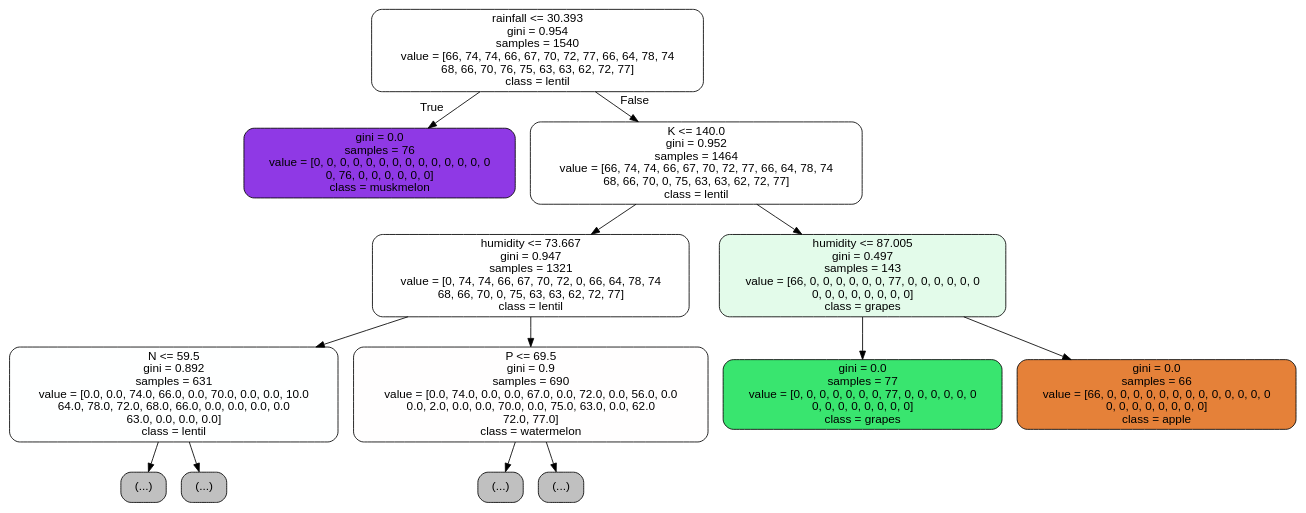
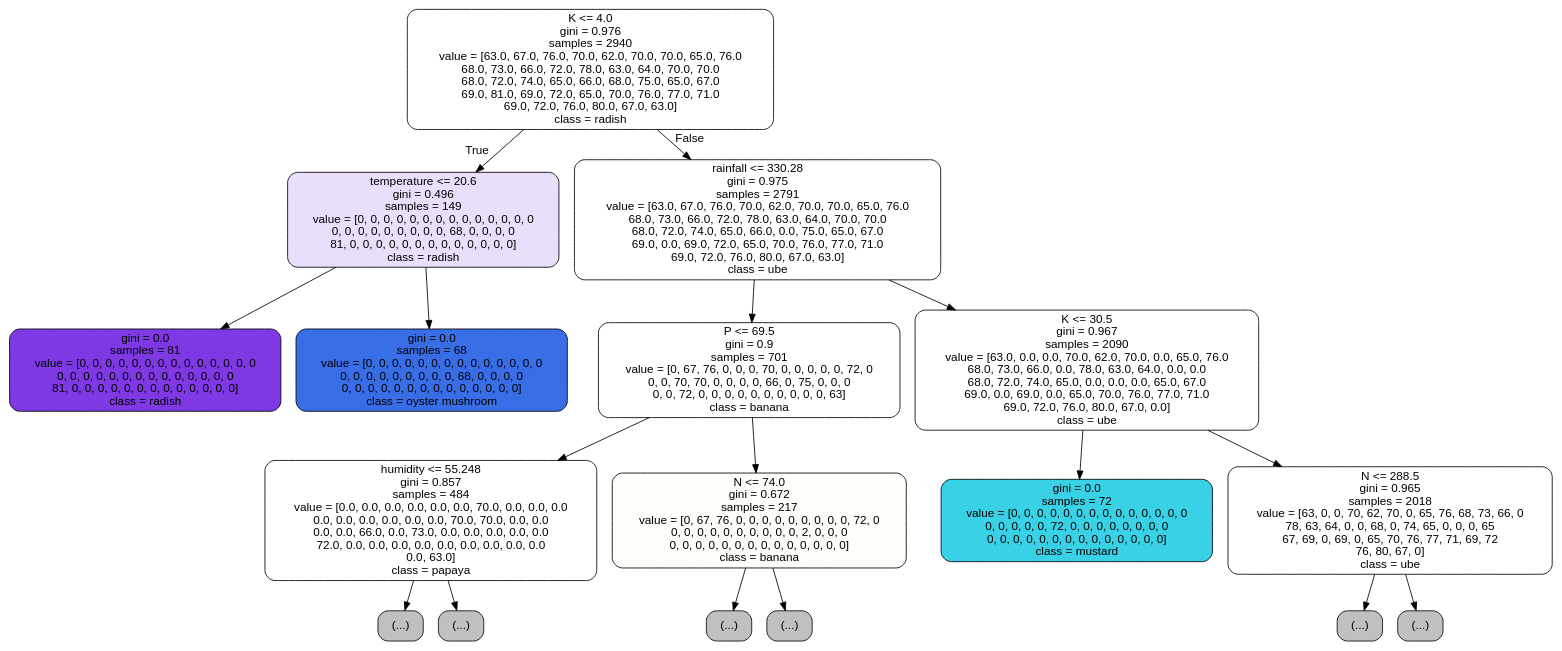
The diagram in precomputation/decision_tree.dot (CyrusUmali/AiCROP), drawn with Graphviz before and after one commit. The commit also changed 13 other files, not shown here.

```diff
--- a/precomputation/decision_tree.dot
+++ b/precomputation/decision_tree.dot
@@ -1,29 +1,37 @@
 digraph Tree {
 node [shape=box, style="filled, rounded", color="black", fontname="helvetica"] ;
 edge [fontname="helvetica"] ;
-0 [label="rainfall <= 30.393\ngini = 0.954\nsamples = 1540\nvalue = [66, 74, 74, 66, 67, 70, 72, 77, 66, 64, 78, 74\n68, 66, 70, 76, 75, 63, 63, 62, 72, 77]\nclass = lentil", fillcolor="#ffffff"] ;
-1 [label="gini = 0.0\nsamples = 76\nvalue = [0, 0, 0, 0, 0, 0, 0, 0, 0, 0, 0, 0, 0, 0\n0, 76, 0, 0, 0, 0, 0, 0]\nclass = muskmelon", fillcolor="#8f39e5"] ;
+0 [label="K <= 4.0\ngini = 0.976\nsamples = 2940\nvalue = [63.0, 67.0, 76.0, 70.0, 62.0, 70.0, 70.0, 65.0, 76.0\n68.0, 73.0, 66.0, 72.0, 78.0, 63.0, 64.0, 70.0, 70.0\n68.0, 72.0, 74.0, 65.0, 66.0, 68.0, 75.0, 65.0, 67.0\n69.0, 81.0, 69.0, 72.0, 65.0, 70.0, 76.0, 77.0, 71.0\n69.0, 72.0, 76.0, 80.0, 67.0, 63.0]\nclass = radish", fillcolor="#ffffff"] ;
+1 [label="temperature <= 20.6\ngini = 0.496\nsamples = 149\nvalue = [0, 0, 0, 0, 0, 0, 0, 0, 0, 0, 0, 0, 0, 0\n0, 0, 0, 0, 0, 0, 0, 0, 0, 68, 0, 0, 0, 0\n81, 0, 0, 0, 0, 0, 0, 0, 0, 0, 0, 0, 0, 0]\nclass = radish", fillcolor="#eadffb"] ;
 0 -> 1 [labeldistance=2.5, labelangle=45, headlabel="True"] ;
-2 [label="K <= 140.0\ngini = 0.952\nsamples = 1464\nvalue = [66, 74, 74, 66, 67, 70, 72, 77, 66, 64, 78, 74\n68, 66, 70, 0, 75, 63, 63, 62, 72, 77]\nclass = lentil", fillcolor="#ffffff"] ;
-0 -> 2 [labeldistance=2.5, labelangle=-45, headlabel="False"] ;
-3 [label="humidity <= 73.667\ngini = 0.947\nsamples = 1321\nvalue = [0, 74, 74, 66, 67, 70, 72, 0, 66, 64, 78, 74\n68, 66, 70, 0, 75, 63, 63, 62, 72, 77]\nclass = lentil", fillcolor="#ffffff"] ;
-2 -> 3 ;
-4 [label="N <= 59.5\ngini = 0.892\nsamples = 631\nvalue = [0.0, 0.0, 74.0, 66.0, 0.0, 70.0, 0.0, 0.0, 10.0\n64.0, 78.0, 72.0, 68.0, 66.0, 0.0, 0.0, 0.0, 0.0\n63.0, 0.0, 0.0, 0.0]\nclass = lentil", fillcolor="#feffff"] ;
-3 -> 4 ;
-5 [label="(...)", fillcolor="#C0C0C0"] ;
+2 [label="gini = 0.0\nsamples = 81\nvalue = [0, 0, 0, 0, 0, 0, 0, 0, 0, 0, 0, 0, 0, 0\n0, 0, 0, 0, 0, 0, 0, 0, 0, 0, 0, 0, 0, 0\n81, 0, 0, 0, 0, 0, 0, 0, 0, 0, 0, 0, 0, 0]\nclass = radish", fillcolor="#7e39e5"] ;
+1 -> 2 ;
+3 [label="gini = 0.0\nsamples = 68\nvalue = [0, 0, 0, 0, 0, 0, 0, 0, 0, 0, 0, 0, 0, 0\n0, 0, 0, 0, 0, 0, 0, 0, 0, 68, 0, 0, 0, 0\n0, 0, 0, 0, 0, 0, 0, 0, 0, 0, 0, 0, 0, 0]\nclass = oyster mushroom", fillcolor="#396de5"] ;
+1 -> 3 ;
+4 [label="rainfall <= 330.28\ngini = 0.975\nsamples = 2791\nvalue = [63.0, 67.0, 76.0, 70.0, 62.0, 70.0, 70.0, 65.0, 76.0\n68.0, 73.0, 66.0, 72.0, 78.0, 63.0, 64.0, 70.0, 70.0\n68.0, 72.0, 74.0, 65.0, 66.0, 0.0, 75.0, 65.0, 67.0\n69.0, 0.0, 69.0, 72.0, 65.0, 70.0, 76.0, 77.0, 71.0\n69.0, 72.0, 76.0, 80.0, 67.0, 63.0]\nclass = ube", fillcolor="#ffffff"] ;
+0 -> 4 [labeldistance=2.5, labelangle=-45, headlabel="False"] ;
+5 [label="P <= 69.5\ngini = 0.9\nsamples = 701\nvalue = [0, 67, 76, 0, 0, 0, 70, 0, 0, 0, 0, 0, 72, 0\n0, 0, 70, 70, 0, 0, 0, 0, 66, 0, 75, 0, 0, 0\n0, 0, 72, 0, 0, 0, 0, 0, 0, 0, 0, 0, 0, 63]\nclass = banana", fillcolor="#ffffff"] ;
 4 -> 5 ;
-28 [label="(...)", fillcolor="#C0C0C0"] ;
-4 -> 28 ;
-37 [label="P <= 69.5\ngini = 0.9\nsamples = 690\nvalue = [0.0, 74.0, 0.0, 0.0, 67.0, 0.0, 72.0, 0.0, 56.0, 0.0\n0.0, 2.0, 0.0, 0.0, 70.0, 0.0, 75.0, 63.0, 0.0, 62.0\n72.0, 77.0]\nclass = watermelon", fillcolor="#fffefe"] ;
-3 -> 37 ;
-38 [label="(...)", fillcolor="#C0C0C0"] ;
-37 -> 38 ;
-75 [label="(...)", fillcolor="#C0C0C0"] ;
-37 -> 75 ;
-78 [label="humidity <= 87.005\ngini = 0.497\nsamples = 143\nvalue = [66, 0, 0, 0, 0, 0, 0, 77, 0, 0, 0, 0, 0, 0\n0, 0, 0, 0, 0, 0, 0, 0]\nclass = grapes", fillcolor="#e3fbea"] ;
-2 -> 78 ;
-79 [label="gini = 0.0\nsamples = 77\nvalue = [0, 0, 0, 0, 0, 0, 0, 77, 0, 0, 0, 0, 0, 0\n0, 0, 0, 0, 0, 0, 0, 0]\nclass = grapes", fillcolor="#39e56f"] ;
-78 -> 79 ;
-80 [label="gini = 0.0\nsamples = 66\nvalue = [66, 0, 0, 0, 0, 0, 0, 0, 0, 0, 0, 0, 0, 0\n0, 0, 0, 0, 0, 0, 0, 0]\nclass = apple", fillcolor="#e58139"] ;
-78 -> 80 ;
+6 [label="humidity <= 55.248\ngini = 0.857\nsamples = 484\nvalue = [0.0, 0.0, 0.0, 0.0, 0.0, 0.0, 70.0, 0.0, 0.0, 0.0\n0.0, 0.0, 0.0, 0.0, 0.0, 0.0, 70.0, 70.0, 0.0, 0.0\n0.0, 0.0, 66.0, 0.0, 73.0, 0.0, 0.0, 0.0, 0.0, 0.0\n72.0, 0.0, 0.0, 0.0, 0.0, 0.0, 0.0, 0.0, 0.0, 0.0\n0.0, 63.0]\nclass = papaya", fillcolor="#ffffff"] ;
+5 -> 6 ;
+7 [label="(...)", fillcolor="#C0C0C0"] ;
+6 -> 7 ;
+8 [label="(...)", fillcolor="#C0C0C0"] ;
+6 -> 8 ;
+11 [label="N <= 74.0\ngini = 0.672\nsamples = 217\nvalue = [0, 67, 76, 0, 0, 0, 0, 0, 0, 0, 0, 0, 72, 0\n0, 0, 0, 0, 0, 0, 0, 0, 0, 0, 2, 0, 0, 0\n0, 0, 0, 0, 0, 0, 0, 0, 0, 0, 0, 0, 0, 0]\nclass = banana", fillcolor="#fefdfa"] ;
+5 -> 11 ;
+12 [label="(...)", fillcolor="#C0C0C0"] ;
+11 -> 12 ;
+15 [label="(...)", fillcolor="#C0C0C0"] ;
+11 -> 15 ;
+16 [label="K <= 30.5\ngini = 0.967\nsamples = 2090\nvalue = [63.0, 0.0, 0.0, 70.0, 62.0, 70.0, 0.0, 65.0, 76.0\n68.0, 73.0, 66.0, 0.0, 78.0, 63.0, 64.0, 0.0, 0.0\n68.0, 72.0, 74.0, 65.0, 0.0, 0.0, 0.0, 65.0, 67.0\n69.0, 0.0, 69.0, 0.0, 65.0, 70.0, 76.0, 77.0, 71.0\n69.0, 72.0, 76.0, 80.0, 67.0, 0.0]\nclass = ube", fillcolor="#ffffff"] ;
+4 -> 16 ;
+17 [label="gini = 0.0\nsamples = 72\nvalue = [0, 0, 0, 0, 0, 0, 0, 0, 0, 0, 0, 0, 0, 0\n0, 0, 0, 0, 0, 72, 0, 0, 0, 0, 0, 0, 0, 0\n0, 0, 0, 0, 0, 0, 0, 0, 0, 0, 0, 0, 0, 0]\nclass = mustard", fillcolor="#39d1e5"] ;
+16 -> 17 ;
+18 [label="N <= 288.5\ngini = 0.965\nsamples = 2018\nvalue = [63, 0, 0, 70, 62, 70, 0, 65, 76, 68, 73, 66, 0\n78, 63, 64, 0, 0, 68, 0, 74, 65, 0, 0, 0, 65\n67, 69, 0, 69, 0, 65, 70, 76, 77, 71, 69, 72\n76, 80, 67, 0]\nclass = ube", fillcolor="#ffffff"] ;
+16 -> 18 ;
+19 [label="(...)", fillcolor="#C0C0C0"] ;
+18 -> 19 ;
+22 [label="(...)", fillcolor="#C0C0C0"] ;
+18 -> 22 ;
 }
```
